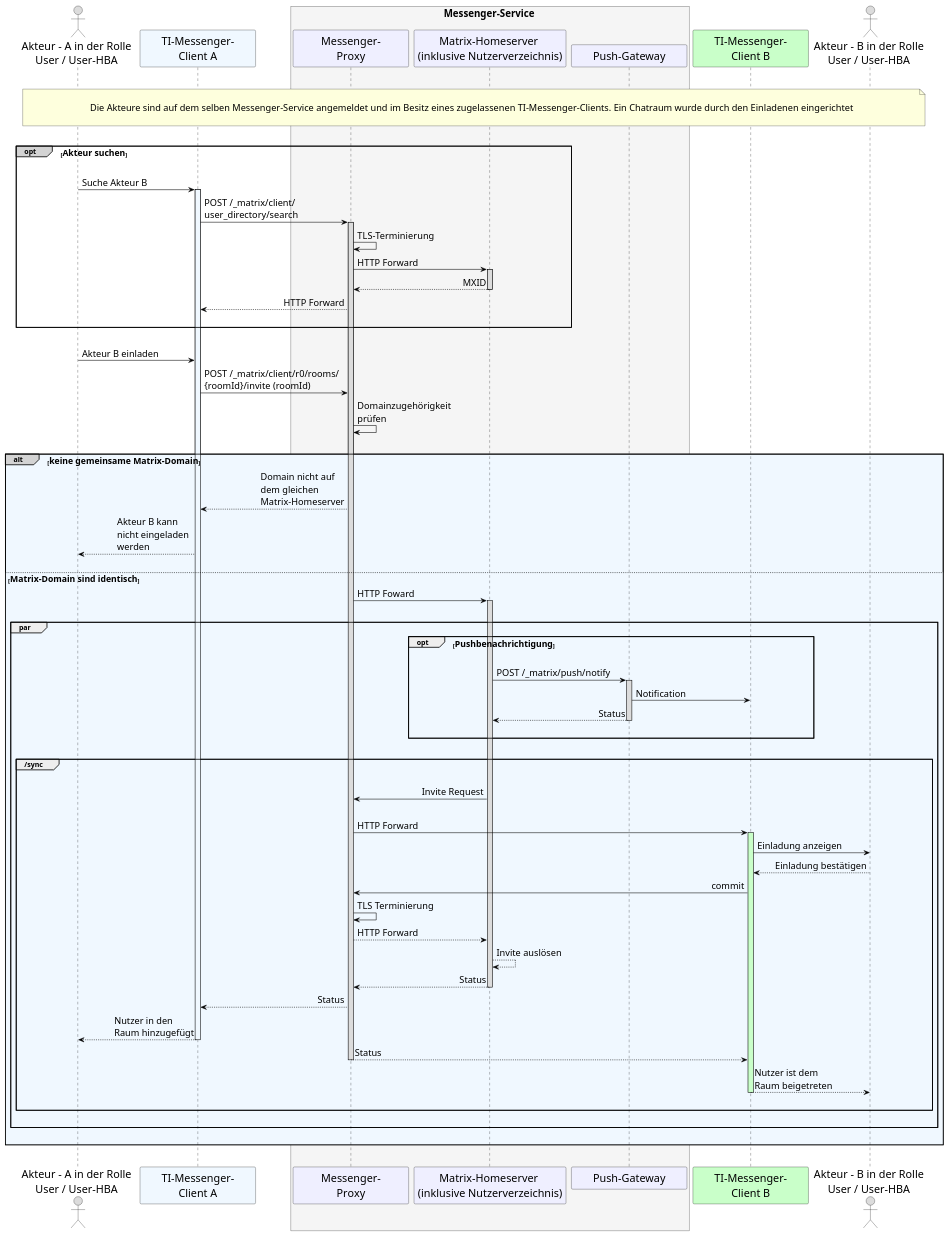
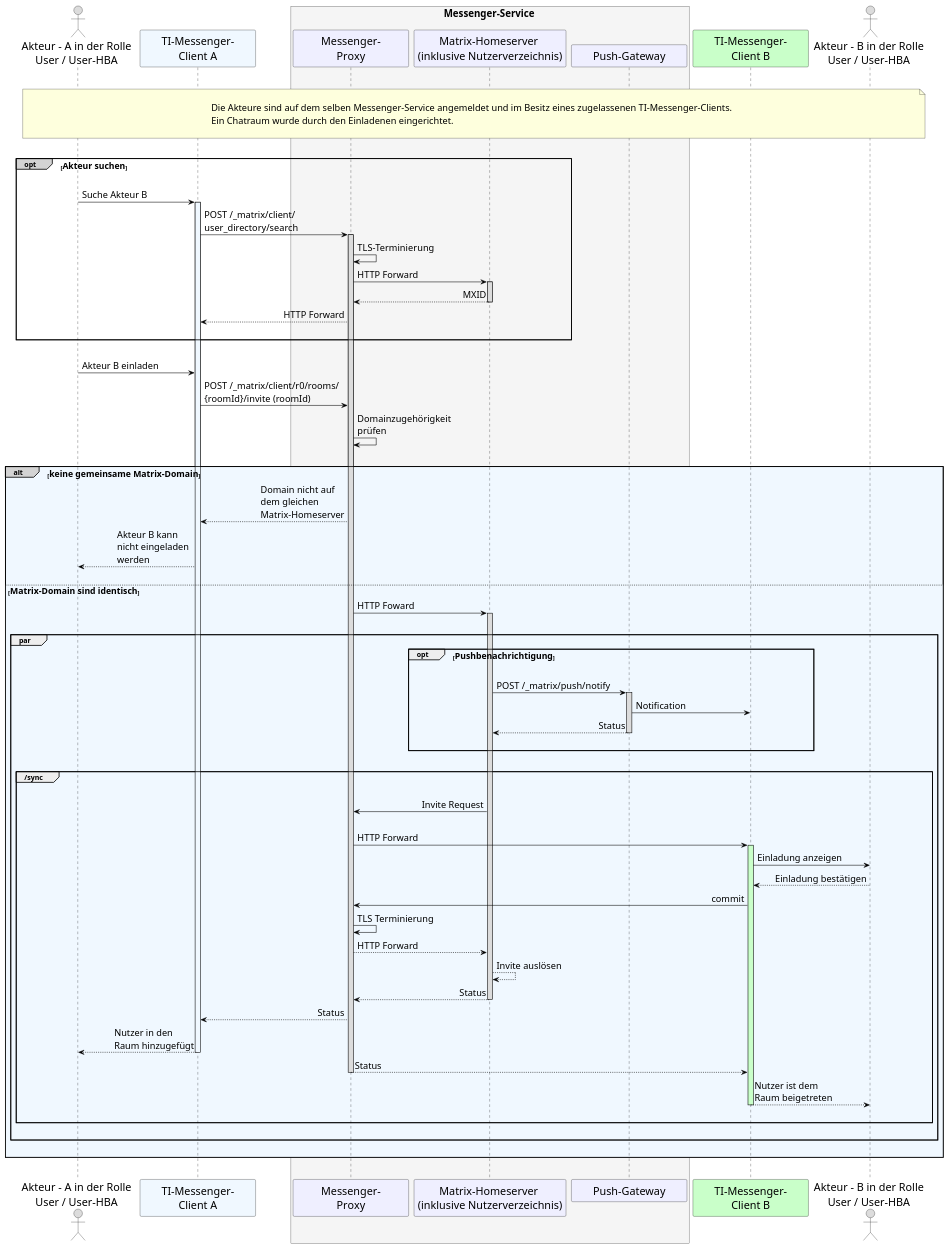
One commit to gematik/api-ti-messenger changed the diagram in src/plantuml/TI-Messenger-Dienst/Ressourcen/UC_10104_Seq.puml. Above: the diagram before and after it, drawn with PlantUML.

```diff
--- a/src/plantuml/TI-Messenger-Dienst/Ressourcen/UC_10104_Seq.puml
+++ b/src/plantuml/TI-Messenger-Dienst/Ressourcen/UC_10104_Seq.puml
@@ -9,113 +9,113 @@
 @startuml
 skinparam sequenceMessageAlign direction
 skinparam minClassWidth 200
 skinparam BoxPadding 1
 skinparam sequenceReferenceHeaderBackgroundColor palegreen
 scale max 2048 width
 
 skinparam sequence {
 ArrowColor black
 ArrowFontSize 17
 ActorBorderColor black
 LifeLineBorderColor black
 LifeLineBackgroundColor Gainsboro
 
 ParticipantBorderColor Motivation
 ParticipantBackgroundColor Motivation
 ParticipantFontName Impact
 ParticipantFontSize 20
 ParticipantFontColor black
 ParticipantBorderColor Black
 ParticipantBackgroundColor MOTIVATION
 
 ActorBackgroundColor Gainsboro
 ActorFontColor black
 ActorFontSize 20
 ActorFontName Aapex
 }
     actor U1 as "Akteur - A in der Rolle\nUser / User-HBA"
     participant C1 as "TI-Messenger-\nClient A" #AliceBlue
     box <size:18>Messenger-Service</size> #WhiteSmoke
       participant MP as "Messenger-\nProxy"
       participant MH as "Matrix-Homeserver \n(inklusive Nutzerverzeichnis)"
       participant PG as "Push-Gateway"
     end box
     participant C2 as "TI-Messenger-\nClient B"#TECHNOLOGY
     actor U2 as "Akteur - B in der Rolle\nUser / User-HBA"
     
 |||
-note over U1, U2: \n<size:17>Die Akteure sind auf dem selben Messenger-Service angemeldet und im Besitz eines zugelassenen TI-Messenger-Clients. Ein Chatraum wurde durch den Einladenen eingerichtet</size>\n
+note over U1, U2: \n<size:17>Die Akteure sind auf dem selben Messenger-Service angemeldet und im Besitz eines zugelassenen TI-Messenger-Clients.\n<size:17>Ein Chatraum wurde durch den Einladenen eingerichtet.</size>\n
 |||
 
     opt#LightGrey <size:16>Akteur suchen</size>
     |||
     U1->C1: Suche Akteur B
       activate C1 #AliceBlue
     C1->MP: POST /_matrix/client/\nuser_directory/search
       activate MP
     MP->MP: TLS-Terminierung
     MP->MH: HTTP Forward
       activate MH
     MH-->MP: MXID
       deactivate MH
     MP-->C1: HTTP Forward
     |||
     end
     
     |||
     U1->C1: Akteur B einladen
     C1->MP: POST /_matrix/client/r0/rooms/\n{roomId}/invite (roomId)
     MP->MP: Domainzugehörigkeit \nprüfen
     |||
     
     alt#LightGrey #AliceBlue <size:16>keine gemeinsame Matrix-Domain</size>
       MP-->C1: Domain nicht auf \ndem gleichen \nMatrix-Homeserver
       C1-->U1: Akteur B kann \nnicht eingeladen \nwerden
       |||
     
       else <size:16>Matrix-Domain sind identisch</size>
     
       MP->MH: HTTP Foward
         activate MH
       |||
       group par 
         opt <size:16>Pushbenachrichtigung</size>
           |||
           MH->PG: POST /_matrix/push/notify
             activate PG
           PG->C2: Notification
           PG-->MH: Status
             deactivate PG
         |||
         end
         |||
         group /sync
           |||
           MH->MP: Invite Request
           |||
           MP->C2: HTTP Forward
             activate C2 #TECHNOLOGY
           C2->U2: Einladung anzeigen
           U2-->C2: Einladung bestätigen
           C2->MP: commit
           MP->MP: TLS Terminierung
           MP-->MH: HTTP Forward
           MH-->MH: Invite auslösen
           MH-->MP: Status
             deactivate MH
           MP-->C1: Status
           C1-->U1: Nutzer in den \nRaum hinzugefügt
             deactivate C1
           MP-->C2: Status
             deactivate MP
           C2-->U2: Nutzer ist dem \nRaum beigetreten
             deactivate C2
 
         |||
         end
       |||
       end
     |||
     end
 |||
 @enduml
```
